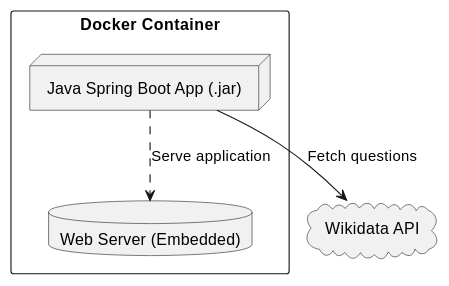
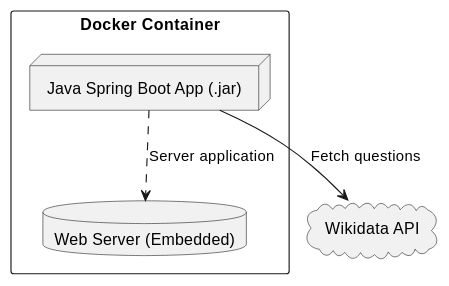
Before and after one commit to Arquisoft/wiq_es04b: the diagram in docs/src/07_deployment_view.adoc, drawn with PlantUML.

Commit message:
typo in uml

```diff
--- a/docs/src/07_deployment_view.adoc
+++ b/docs/src/07_deployment_view.adoc
@@ -35,13 +35,13 @@
 [plantuml,"Docker Container Setup",png]
 ----
 @startuml
 rectangle "Docker Container" {
     node "Java Spring Boot App (.jar)" as App
     database "Web Server (Embedded)" as WebServer
 }
 
 cloud "Wikidata API" as API
 
 App --> API : Fetch questions
-App ..> WebServer : Serve application
+App ..> WebServer : Server application
 ----
```
